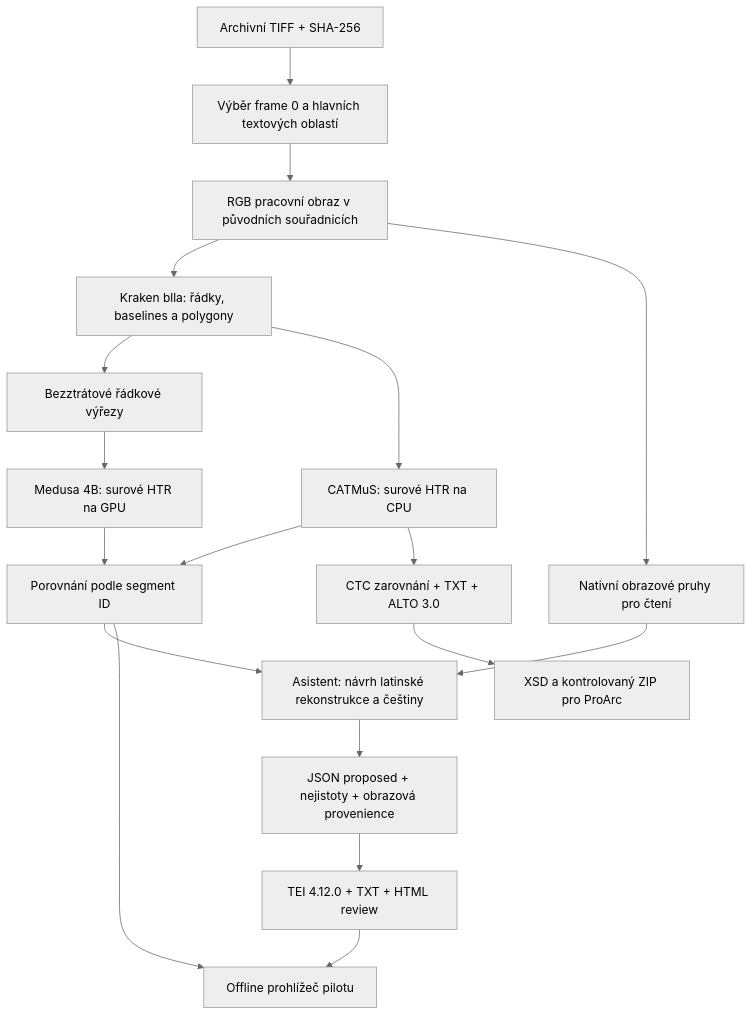
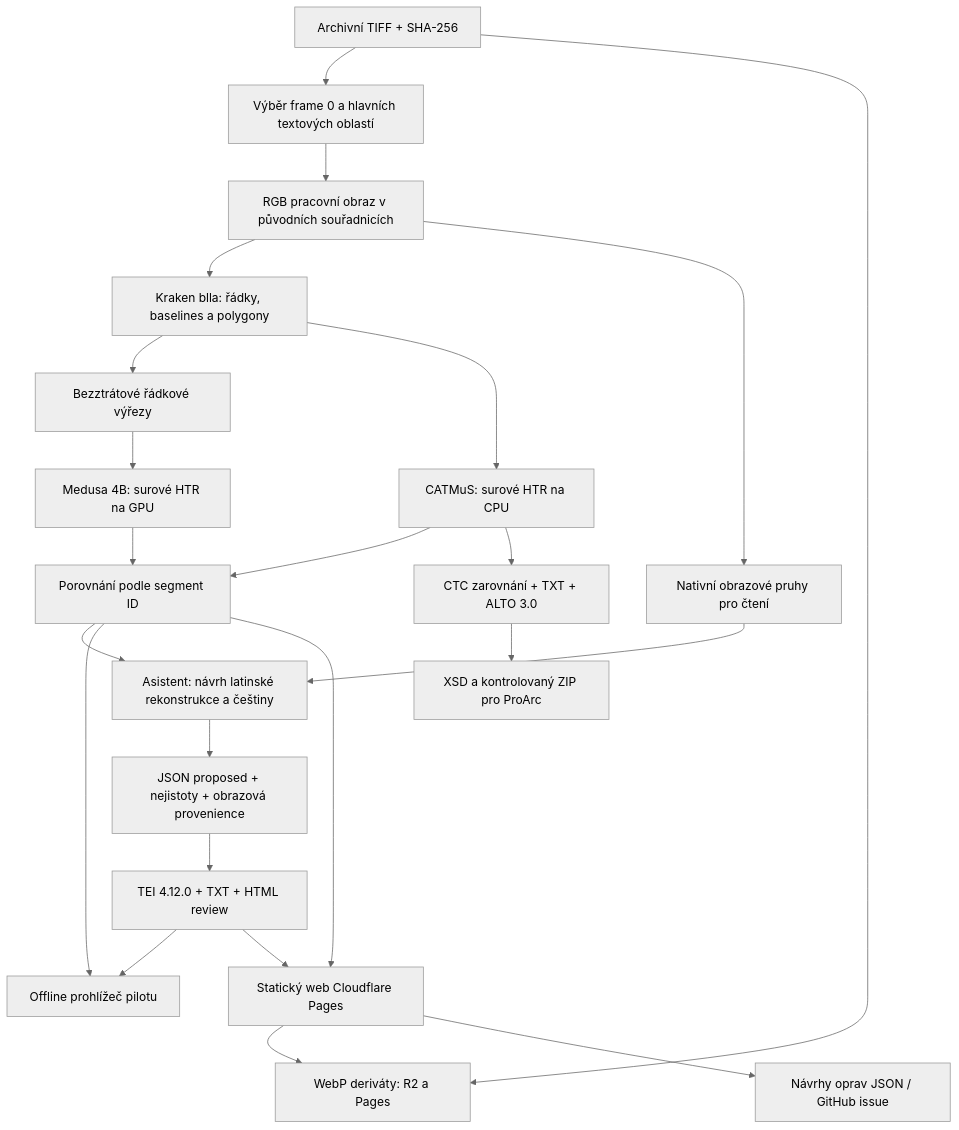
Before and after one commit to bezverec/manuscripty: the diagram in docs/architecture.md, drawn with Mermaid (neutral theme). The commit also changed other lines of this file and 4105 other files, not shown here.

```diff
--- a/docs/architecture.md
+++ b/docs/architecture.md
@@ -5,20 +5,25 @@
 ~~~mermaid
 flowchart TD
   A[Archivní TIFF + SHA-256] --> B[Výběr frame 0 a hlavních textových oblastí]
   B --> C[RGB pracovní obraz v původních souřadnicích]
   C --> D[Kraken blla: řádky, baselines a polygony]
   D --> E[Bezztrátové řádkové výřezy]
   D --> F[CATMuS: surové HTR na CPU]
   E --> G[Medusa 4B: surové HTR na GPU]
   F --> H[Porovnání podle segment ID]
   G --> H
   C --> I[Nativní obrazové pruhy pro čtení]
   H --> J[Asistent: návrh latinské rekonstrukce a češtiny]
   I --> J
   J --> K[JSON proposed + nejistoty + obrazová provenience]
   K --> L[TEI 4.12.0 + TXT + HTML review]
   F --> M[CTC zarovnání + TXT + ALTO 3.0]
   M --> N[XSD a kontrolovaný ZIP pro ProArc]
   L --> O[Offline prohlížeč pilotu]
   H --> O
+  L --> P[Statický web Cloudflare Pages]
+  H --> P
+  A --> Q[WebP deriváty: R2 a Pages]
+  P --> Q
+  P --> S[Návrhy oprav JSON / GitHub issue]
 ~~~
```
